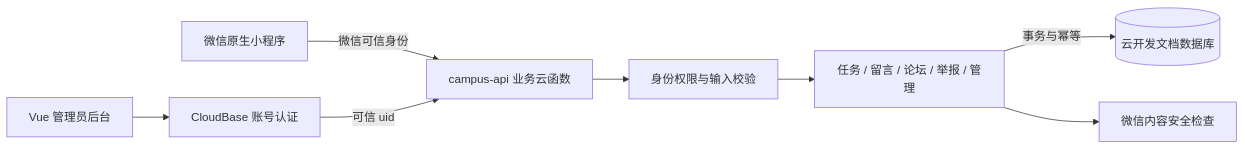
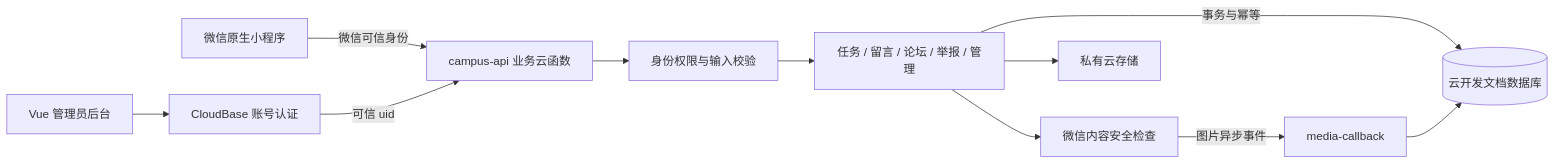
Before and after one commit to lkuko/ORR: the first of 2 diagrams in README.md, drawn with Mermaid. The commit also changed other lines of this file and 104 other files, not shown here.

````diff
--- a/README.md
+++ b/README.md
@@ -84,10 +95,13 @@
 ```mermaid
 flowchart LR
     MP[微信原生小程序] -->|微信可信身份| API[campus-api 业务云函数]
     WEB[Vue 管理员后台] --> AUTH[CloudBase 账号认证]
     AUTH -->|可信 uid| API
     API --> GUARD[身份权限与输入校验]
     GUARD --> BIZ[任务 / 留言 / 论坛 / 举报 / 管理]
     BIZ -->|事务与幂等| DB[(云开发文档数据库)]
     BIZ --> SEC[微信内容安全检查]
+    BIZ --> STORE[私有云存储]
+    SEC -->|图片异步事件| CALLBACK[media-callback]
+    CALLBACK --> DB
 ```
````
